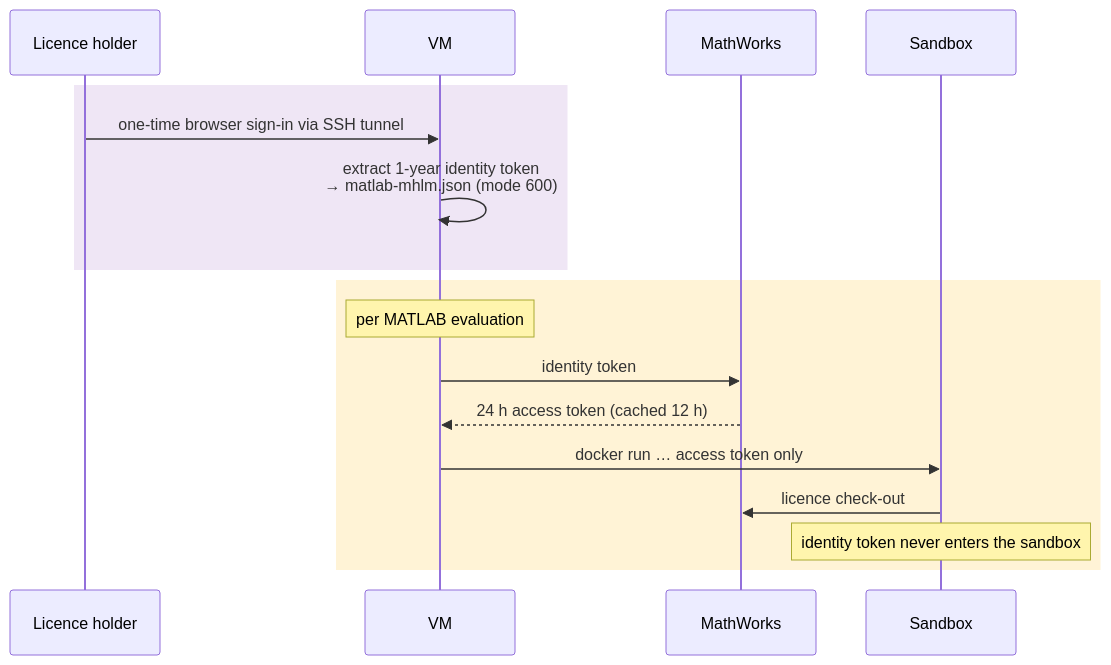
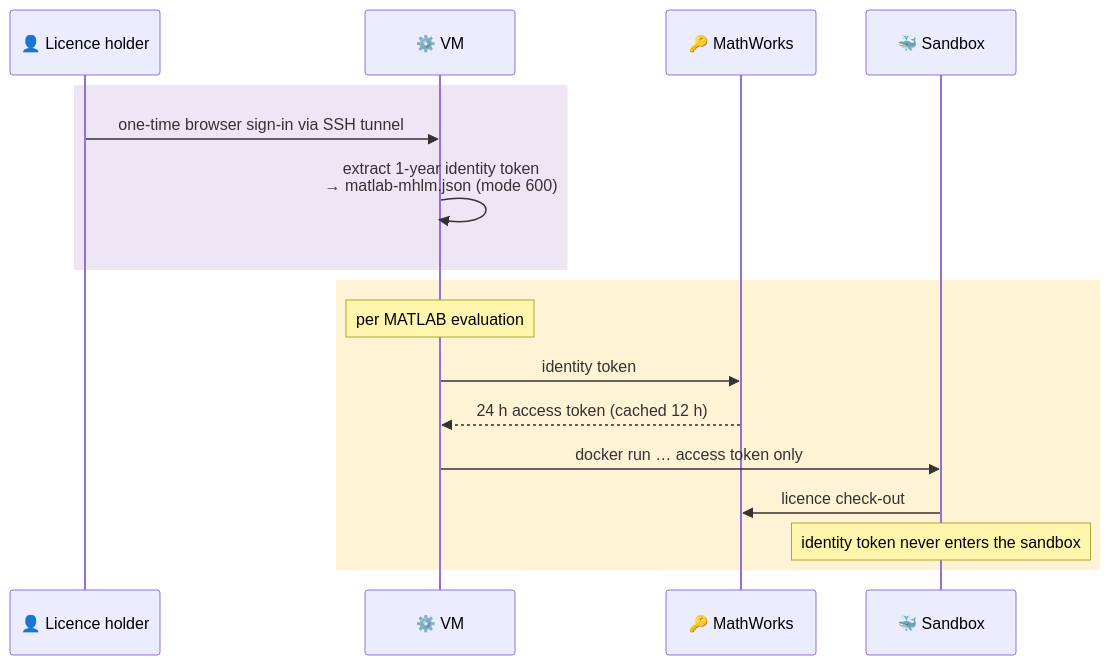
The fourth of 7 diagrams in docs/walkthrough/11-infrastructure-and-operations.md (McMaster-Battery-Research-Group/battery-soc-benchmark), drawn with Mermaid before and after one commit. The commit also changed other lines of this file and 38 other files, not shown here.

Commit message:
Walkthrough: consistent icon system (icon key, part and section icons, diagram labels) + tool/company logos

````diff
--- a/docs/walkthrough/11-infrastructure-and-operations.md
+++ b/docs/walkthrough/11-infrastructure-and-operations.md
@@ -91,20 +91,20 @@
 ```mermaid
 sequenceDiagram
-    participant O as Licence holder
-    participant VM as VM
-    participant MW as MathWorks
-    participant S as Sandbox
+    participant O as 👤 Licence holder
+    participant VM as ⚙️ VM
+    participant MW as 🔑 MathWorks
+    participant S as 🐳 Sandbox
 
     rect rgb(239,230,245)
     O->>VM: one-time browser sign-in via SSH tunnel
     VM->>VM: extract 1-year identity token<br/>→ matlab-mhlm.json (mode 600)
     end
     rect rgb(255,243,214)
     Note over VM: per MATLAB evaluation
     VM->>MW: identity token
     MW-->>VM: 24 h access token (cached 12 h)
     VM->>S: docker run … access token only
     S->>MW: licence check-out
     Note over S: identity token never enters the sandbox
     end
 ```
````
